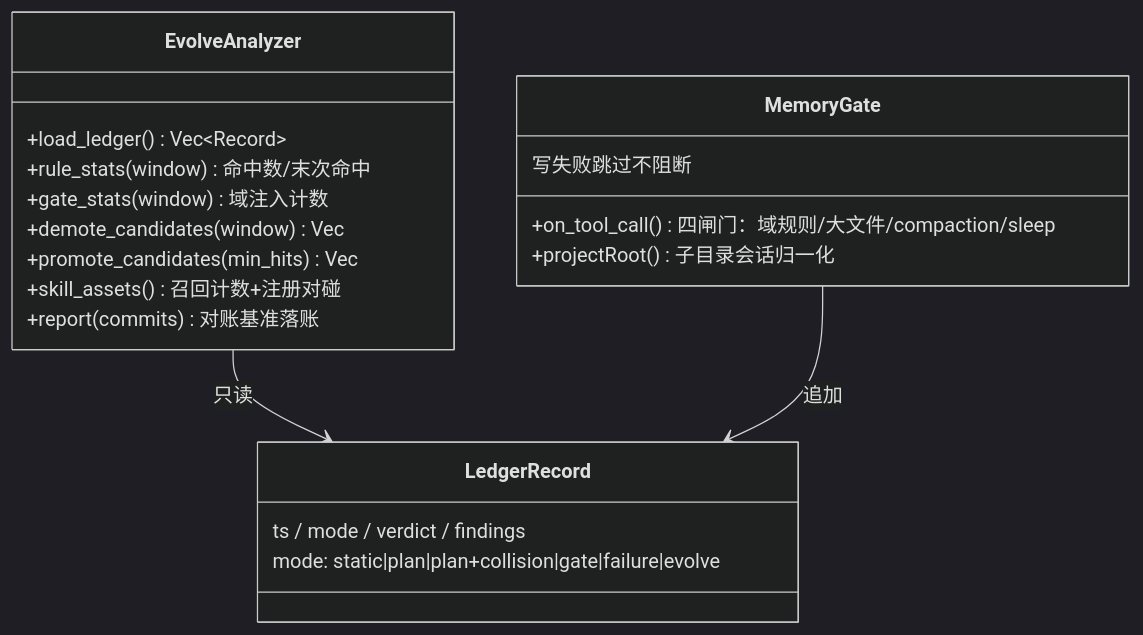
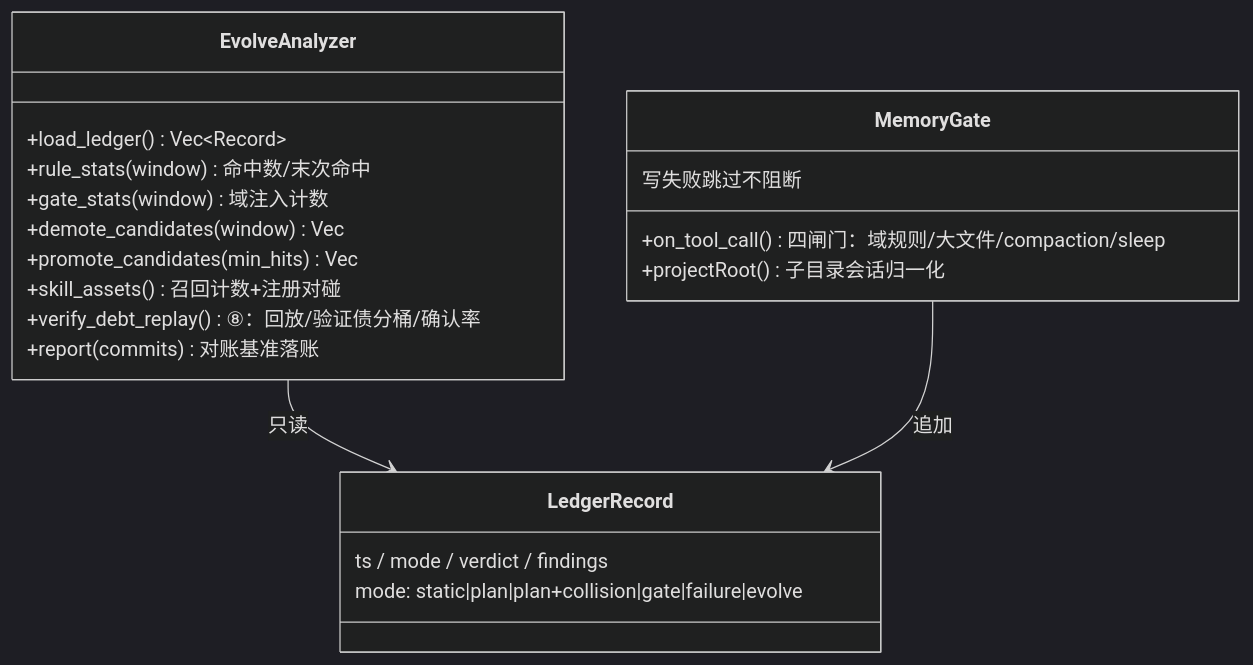
Before and after one commit to wenge6090-tech/bcp-kit: the second of 4 diagrams in README.md, drawn with Mermaid (dark theme). The commit also changed other lines of this file and 11 other files, not shown here.

````diff
--- a/README.md
+++ b/README.md
@@ -204,23 +207,24 @@
 ```mermaid
 classDiagram
     class EvolveAnalyzer {
         +load_ledger() Vec~Record~
         +rule_stats(window) 命中数/末次命中
         +gate_stats(window) 域注入计数
         +demote_candidates(window) Vec
         +promote_candidates(min_hits) Vec
         +skill_assets() 召回计数+注册对碰
+        +verify_debt_replay() ⑧：回放/验证债分桶/确认率
         +report(commits) 对账基准落账
     }
     class LedgerRecord {
         ts / mode / verdict / findings
         mode: static|plan|plan+collision|gate|failure|evolve
     }
     class MemoryGate {
         +on_tool_call() 四闸门：域规则/大文件/compaction/sleep
         +projectRoot() 子目录会话归一化
         写失败跳过不阻断
     }
     EvolveAnalyzer --> LedgerRecord : 只读
     MemoryGate --> LedgerRecord : 追加
 ```
````
